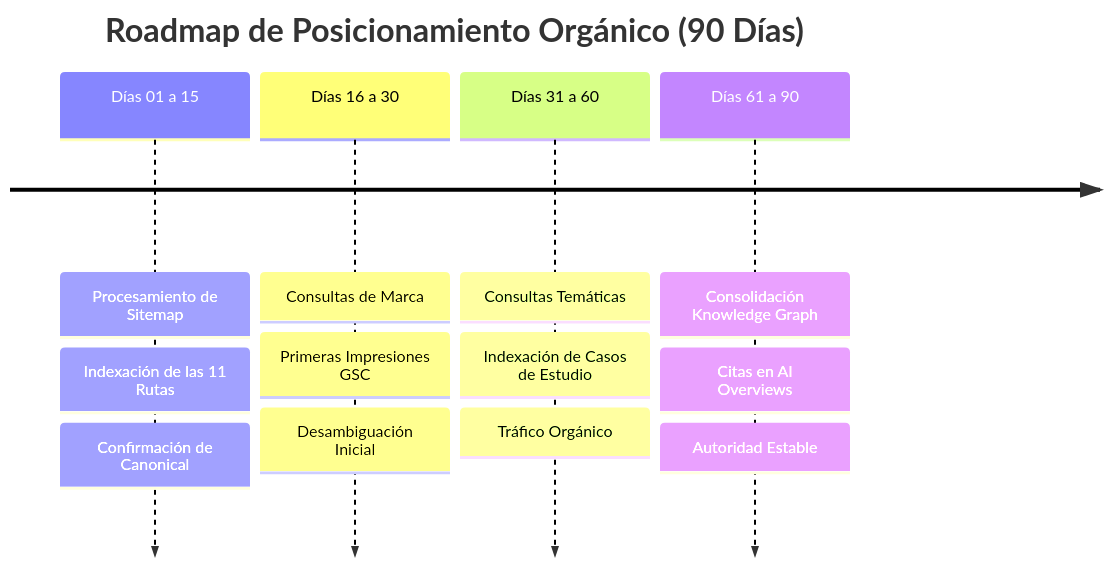
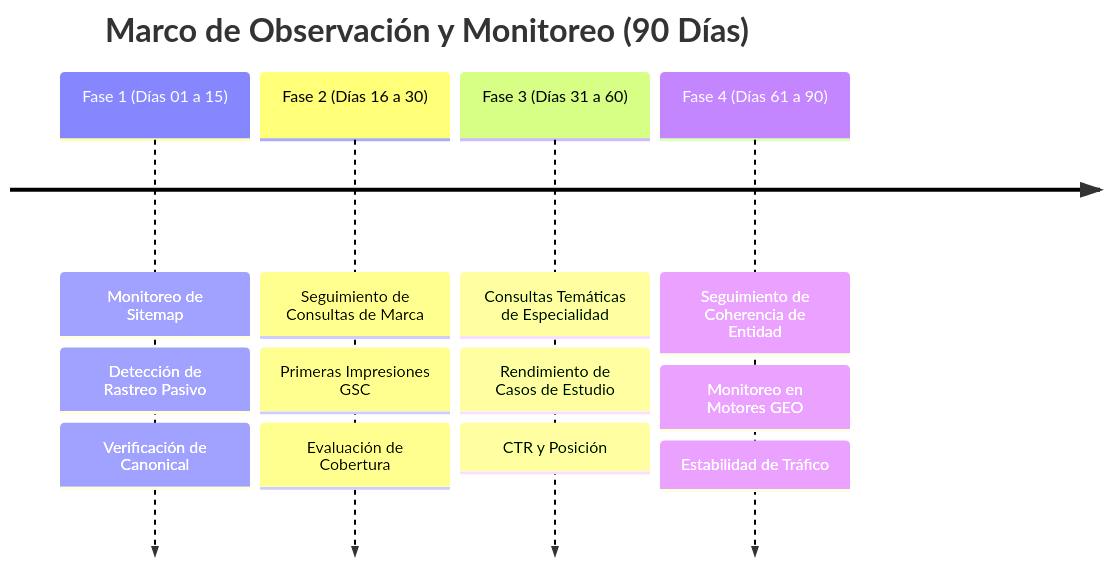
One commit to IsraelTorresIndustrial/Israel-Torres-Web changed the diagram in docs/seo/SEARCH-CONSOLE-ROADMAP.md. Above: the diagram before and after it, drawn with Mermaid. The commit also changed other lines of this file and 5 other files, not shown here.

````diff
--- a/docs/seo/SEARCH-CONSOLE-ROADMAP.md
+++ b/docs/seo/SEARCH-CONSOLE-ROADMAP.md
@@ -36,8 +38,8 @@
 ```mermaid
 timeline
-    title Roadmap de Posicionamiento Orgánico (90 Días)
-    Días 01 a 15 : Procesamiento de Sitemap : Indexación de las 11 Rutas : Confirmación de Canonical
-    Días 16 a 30 : Consultas de Marca : Primeras Impresiones GSC : Desambiguación Inicial
-    Días 31 a 60 : Consultas Temáticas : Indexación de Casos de Estudio : Tráfico Orgánico
-    Días 61 a 90 : Consolidación Knowledge Graph : Citas en AI Overviews : Autoridad Estable
+    title Marco de Observación y Monitoreo (90 Días)
+    Fase 1 (Días 01 a 15) : Monitoreo de Sitemap : Detección de Rastreo Pasivo : Verificación de Canonical
+    Fase 2 (Días 16 a 30) : Seguimiento de Consultas de Marca : Primeras Impresiones GSC : Evaluación de Cobertura
+    Fase 3 (Días 31 a 60) : Consultas Temáticas de Especialidad : Rendimiento de Casos de Estudio : CTR y Posición
+    Fase 4 (Días 61 a 90) : Seguimiento de Coherencia de Entidad : Monitoreo en Motores GEO : Estabilidad de Tráfico
 ```
````
